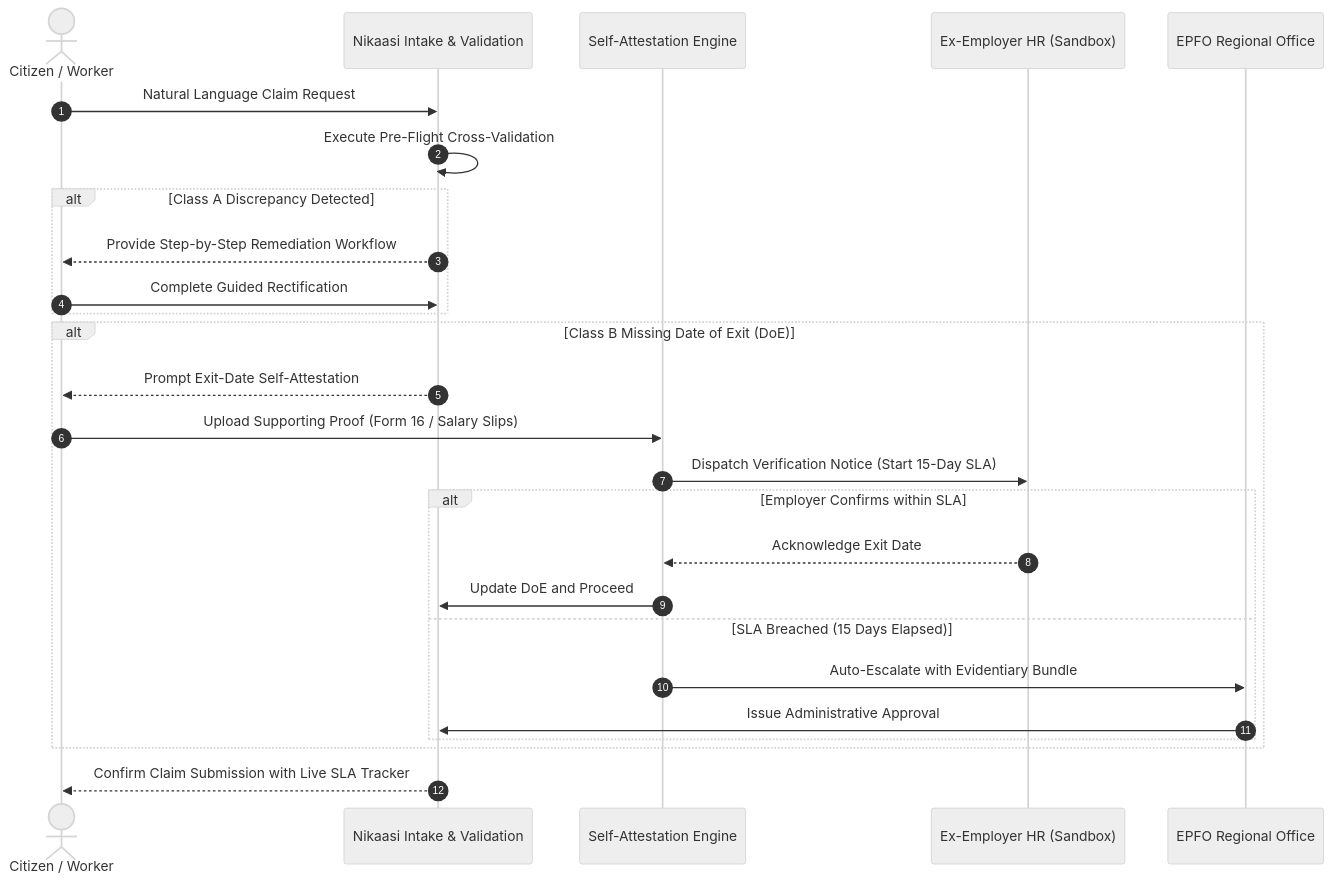
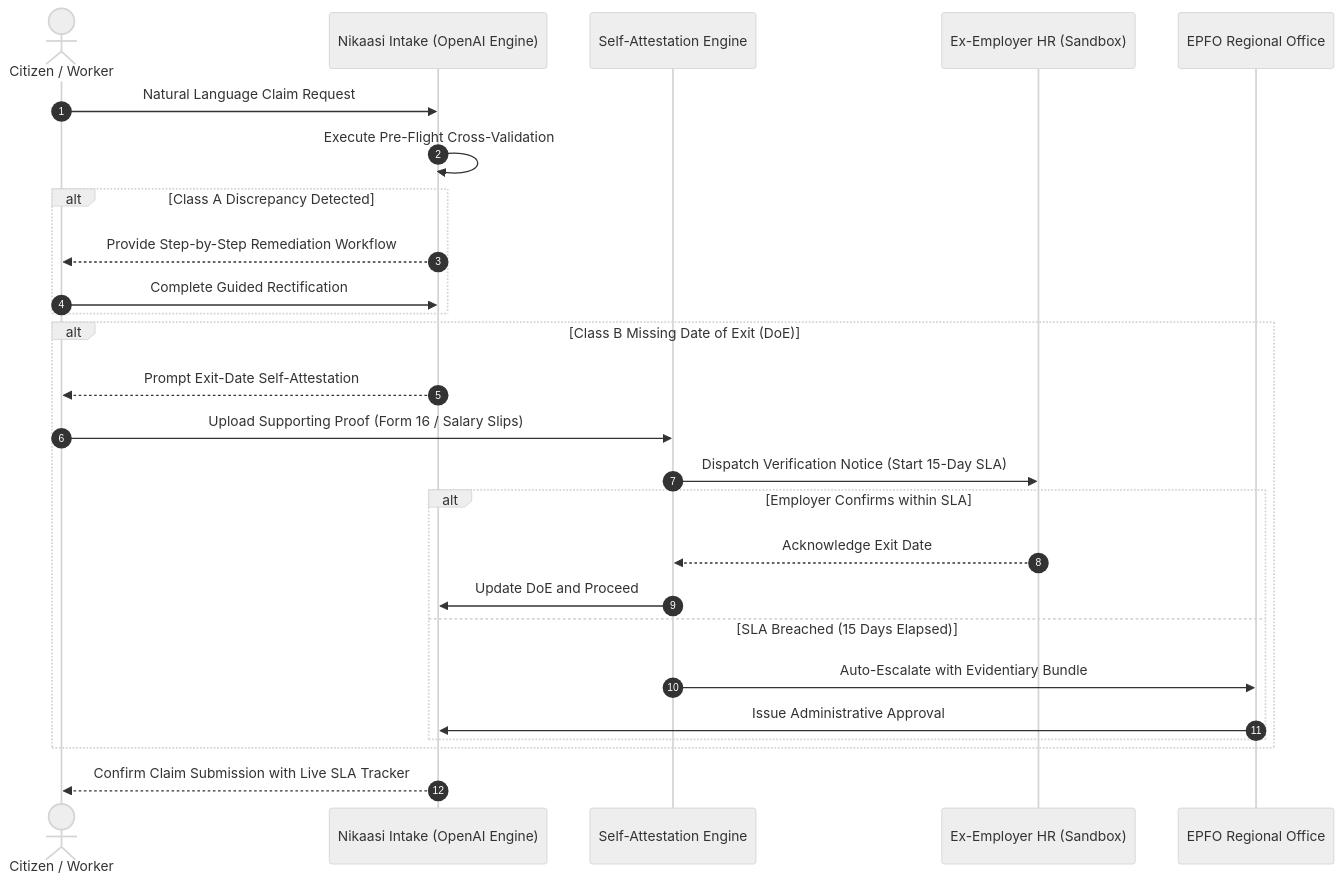
One commit to archittmittal/Nikaasi changed the diagram in README.md. Above: the diagram before and after it, drawn with Mermaid (neutral theme). The commit also changed other lines of this file and 3 other files, not shown here.

````diff
--- a/README.md
+++ b/README.md
@@ -134,33 +219,33 @@
 ```mermaid
 sequenceDiagram
     autonumber
     actor Member as Citizen / Worker
-    participant Intake as Nikaasi Intake & Validation
+    participant Intake as Nikaasi Intake (OpenAI Engine)
     participant Attestation as Self-Attestation Engine
     participant Employer as Ex-Employer HR (Sandbox)
     participant FieldOffice as EPFO Regional Office
 
     Member->>Intake: Natural Language Claim Request
     Intake->>Intake: Execute Pre-Flight Cross-Validation
     
     alt Class A Discrepancy Detected
         Intake-->>Member: Provide Step-by-Step Remediation Workflow
         Member->>Intake: Complete Guided Rectification
     end
 
     alt Class B Missing Date of Exit (DoE)
         Intake-->>Member: Prompt Exit-Date Self-Attestation
         Member->>Attestation: Upload Supporting Proof (Form 16 / Salary Slips)
         Attestation->>Employer: Dispatch Verification Notice (Start 15-Day SLA)
         
         alt Employer Confirms within SLA
             Employer-->>Attestation: Acknowledge Exit Date
             Attestation->>Intake: Update DoE and Proceed
         else SLA Breached (15 Days Elapsed)
             Attestation->>FieldOffice: Auto-Escalate with Evidentiary Bundle
             FieldOffice->>Intake: Issue Administrative Approval
         end
     end
 
     Intake-->>Member: Confirm Claim Submission with Live SLA Tracker
 ```
````
